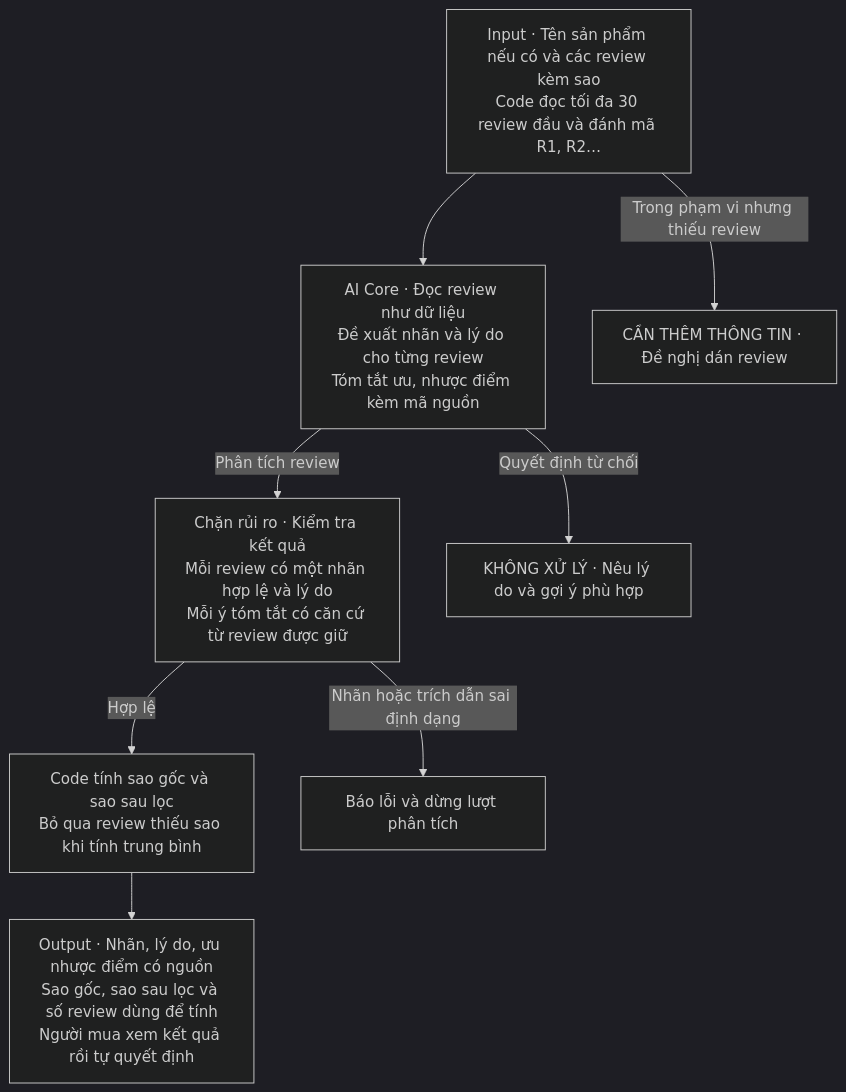
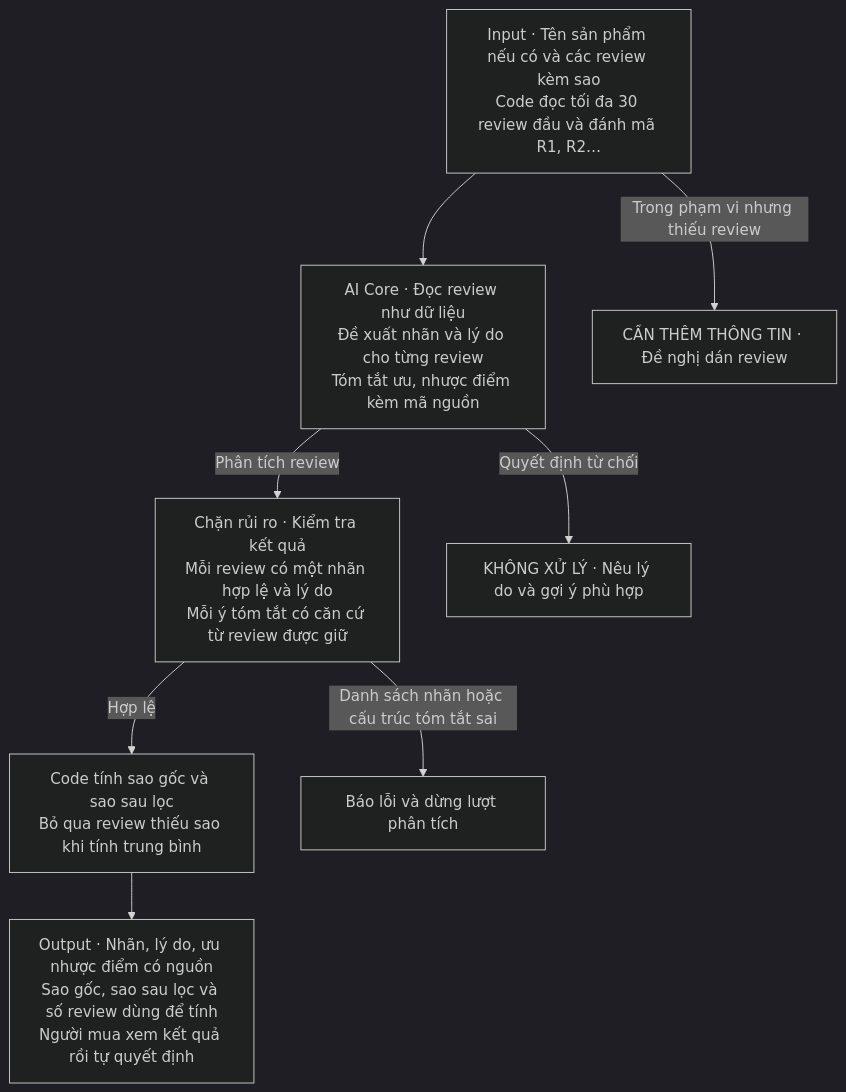
The diagram in spec.md (baonvt/K5-Day15-L3A-TuKySyKhaiHuyen), drawn with Mermaid (dark theme) before and after one commit. The commit also changed other lines of this file and 2 other files, not shown here.

````diff
--- a/spec.md
+++ b/spec.md
@@ -43,13 +48,13 @@
 ```mermaid
 flowchart TD
     I["Input · Tên sản phẩm nếu có và các review kèm sao<br/>Code đọc tối đa 30 review đầu và đánh mã R1, R2…"]
     A["AI Core · Đọc review như dữ liệu<br/>Đề xuất nhãn và lý do cho từng review<br/>Tóm tắt ưu, nhược điểm kèm mã nguồn"]
     G["Chặn rủi ro · Kiểm tra kết quả<br/>Mỗi review có một nhãn hợp lệ và lý do<br/>Mỗi ý tóm tắt có căn cứ từ review được giữ"]
     S["Code tính sao gốc và sao sau lọc<br/>Bỏ qua review thiếu sao khi tính trung bình"]
     O["Output · Nhãn, lý do, ưu nhược điểm có nguồn<br/>Sao gốc, sao sau lọc và số review dùng để tính<br/>Người mua xem kết quả rồi tự quyết định"]
     I --> A
     A -->|Phân tích review| G -->|Hợp lệ| S --> O
-    G -->|Nhãn hoặc trích dẫn sai định dạng| E["Báo lỗi và dừng lượt phân tích"]
+    G -->|Danh sách nhãn hoặc cấu trúc tóm tắt sai| E["Báo lỗi và dừng lượt phân tích"]
     I -->|Trong phạm vi nhưng thiếu review| Q["CẦN THÊM THÔNG TIN · Đề nghị dán review"]
     A -->|Quyết định từ chối| R["KHÔNG XỬ LÝ · Nêu lý do và gợi ý phù hợp"]
 ```
````
